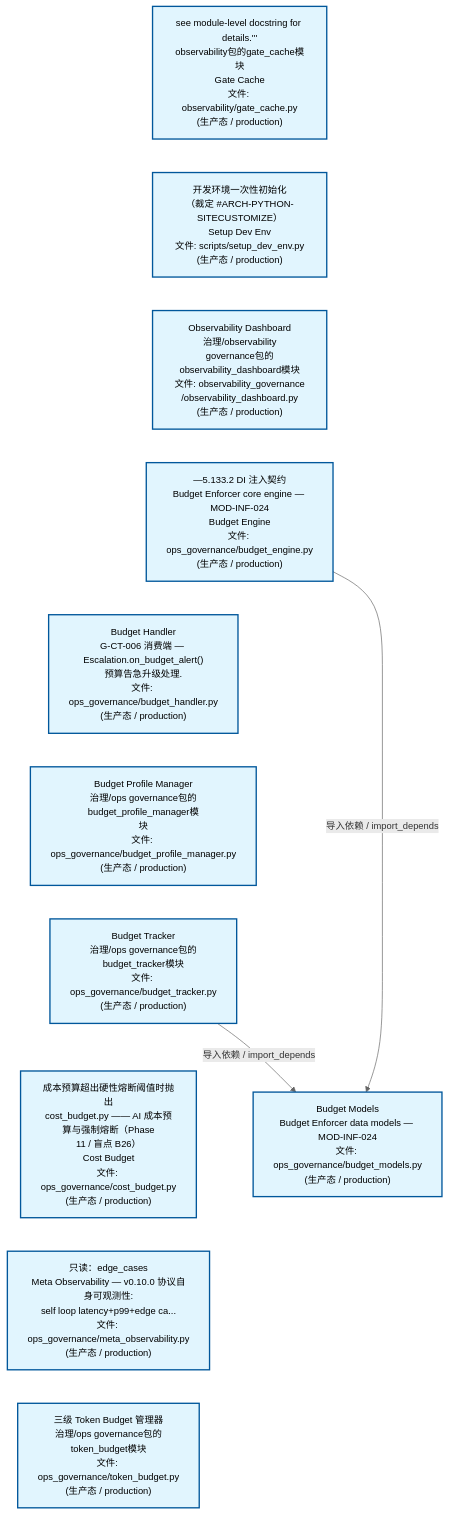
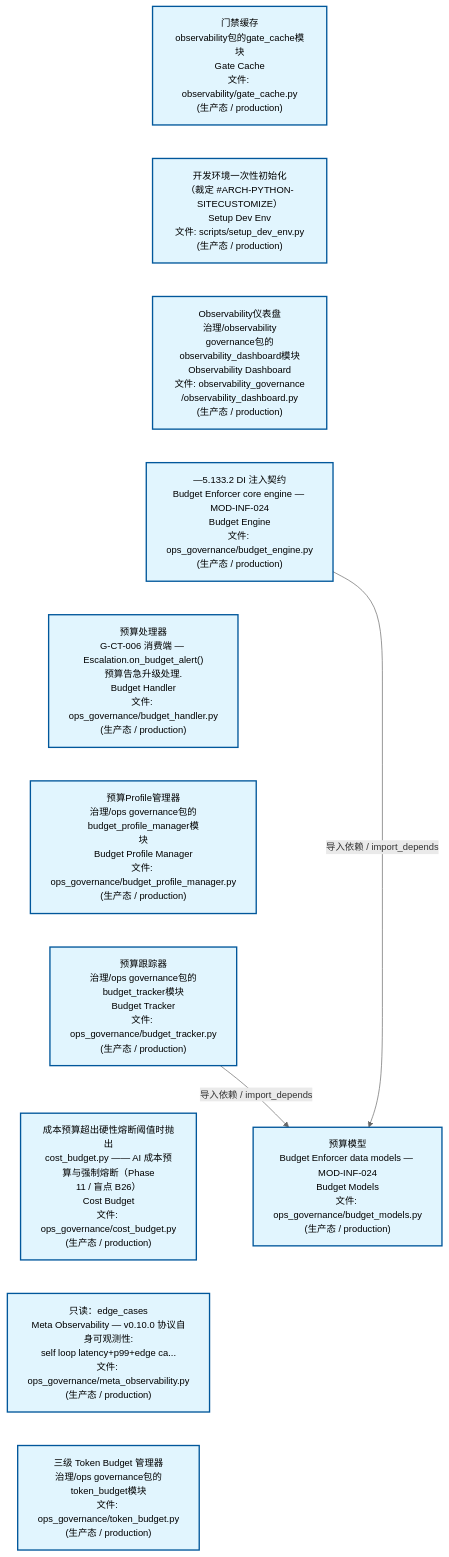
Before and after one commit to xuanFelixVan/ZephyrAlpha: the second of 3 diagrams in docs/02_enterprise_architecture/02_domain_architecture_docs/24_d_ops.md, drawn with Mermaid. The commit also changed other lines of this file and 52 other files, not shown here.

````diff
--- a/docs/02_enterprise_architecture/02_domain_architecture_docs/24_d_ops.md
+++ b/docs/02_enterprise_architecture/02_domain_architecture_docs/24_d_ops.md
@@ -126,31 +126,31 @@
 ```mermaid
 %%{init: {'theme': 'base', 'themeVariables': {'primaryColor': '#eaeaea', 'primaryTextColor': '#333333', 'primaryBorderColor': '#666666', 'lineColor': '#666666', 'secondaryColor': '#eaeaea', 'tertiaryColor': '#eaeaea', 'fontSize': '14px'}}}%%
 flowchart TD
-    scripts_governance_observability_gate_cache_py["see module-level docstring for details.'''<br/>observability包的gate_cache模块<br/>Gate Cache<br/>文件: observability/gate_cache.py<br/>(生产态 / production)"]
+    scripts_governance_observability_gate_cache_py["门禁缓存<br/>observability包的gate_cache模块<br/>Gate Cache<br/>文件: observability/gate_cache.py<br/>(生产态 / production)"]
     scripts_setup_dev_env_py["开发环境一次性初始化<br/>（裁定 #ARCH-PYTHON-SITECUSTOMIZE）<br/>Setup Dev Env<br/>文件: scripts/setup_dev_env.py<br/>(生产态 / production)"]
-    src_zephyr_governance_observability_governance_observability_dashboard_py["Observability Dashboard<br/>治理/observability<br/>governance包的observability_dashboard模块<br/>文件: observability_governance<br/>/observability_dashboard.py<br/>(生产态 / production)"]
+    src_zephyr_governance_observability_governance_observability_dashboard_py["Observability仪表盘<br/>治理/observability<br/>governance包的observability_dashboard模块<br/>Observability Dashboard<br/>文件: observability_governance<br/>/observability_dashboard.py<br/>(生产态 / production)"]
     src_zephyr_governance_ops_governance_budget_engine_py["—5.133.2 DI 注入契约<br/>Budget Enforcer core engine — MOD-INF-024<br/>Budget Engine<br/>文件: ops_governance/budget_engine.py<br/>(生产态 / production)"]
-    src_zephyr_governance_ops_governance_budget_handler_py["Budget Handler<br/>G-CT-006 消费端 — Escalation.on_budget_alert()<br/>预算告急升级处理.<br/>文件: ops_governance/budget_handler.py<br/>(生产态 / production)"]
-    src_zephyr_governance_ops_governance_budget_profile_manager_py["Budget Profile Manager<br/>治理/ops governance包的budget_profile_manager模<br/>块<br/>文件: ops_governance/budget_profile_manager.py<br/>(生产态 / production)"]
-    src_zephyr_governance_ops_governance_budget_tracker_py["Budget Tracker<br/>治理/ops governance包的budget_tracker模块<br/>文件: ops_governance/budget_tracker.py<br/>(生产态 / production)"]
+    src_zephyr_governance_ops_governance_budget_handler_py["预算处理器<br/>G-CT-006 消费端 — Escalation.on_budget_alert()<br/>预算告急升级处理.<br/>Budget Handler<br/>文件: ops_governance/budget_handler.py<br/>(生产态 / production)"]
+    src_zephyr_governance_ops_governance_budget_profile_manager_py["预算Profile管理器<br/>治理/ops governance包的budget_profile_manager模<br/>块<br/>Budget Profile Manager<br/>文件: ops_governance/budget_profile_manager.py<br/>(生产态 / production)"]
+    src_zephyr_governance_ops_governance_budget_tracker_py["预算跟踪器<br/>治理/ops governance包的budget_tracker模块<br/>Budget Tracker<br/>文件: ops_governance/budget_tracker.py<br/>(生产态 / production)"]
     src_zephyr_governance_ops_governance_cost_budget_py["成本预算超出硬性熔断阈值时抛出<br/>cost_budget.py —— AI 成本预算与强制熔断（Phase<br/>11 / 盲点 B26）<br/>Cost Budget<br/>文件: ops_governance/cost_budget.py<br/>(生产态 / production)"]
     src_zephyr_governance_ops_governance_meta_observability_py["只读：edge_cases<br/>Meta Observability — v0.10.0 协议自身可观测性:<br/>self loop latency+p99+edge ca...<br/>文件: ops_governance/meta_observability.py<br/>(生产态 / production)"]
     src_zephyr_governance_ops_governance_token_budget_py["三级 Token Budget 管理器<br/>治理/ops governance包的token_budget模块<br/>文件: ops_governance/token_budget.py<br/>(生产态 / production)"]
     scripts_governance_observability_gate_cache_py ~~~ scripts_setup_dev_env_py
     scripts_setup_dev_env_py ~~~ src_zephyr_governance_observability_governance_observability_dashboard_py
     src_zephyr_governance_observability_governance_observability_dashboard_py ~~~ src_zephyr_governance_ops_governance_budget_engine_py
     src_zephyr_governance_ops_governance_budget_engine_py ~~~ src_zephyr_governance_ops_governance_budget_handler_py
     src_zephyr_governance_ops_governance_budget_handler_py ~~~ src_zephyr_governance_ops_governance_budget_profile_manager_py
     src_zephyr_governance_ops_governance_budget_profile_manager_py ~~~ src_zephyr_governance_ops_governance_budget_tracker_py
     src_zephyr_governance_ops_governance_budget_tracker_py ~~~ src_zephyr_governance_ops_governance_cost_budget_py
     src_zephyr_governance_ops_governance_cost_budget_py ~~~ src_zephyr_governance_ops_governance_meta_observability_py
     src_zephyr_governance_ops_governance_meta_observability_py ~~~ src_zephyr_governance_ops_governance_token_budget_py
-    src_zephyr_governance_ops_governance_budget_models_py["Budget Models<br/>Budget Enforcer data models — MOD-INF-024<br/>文件: ops_governance/budget_models.py<br/>(生产态 / production)"]
+    src_zephyr_governance_ops_governance_budget_models_py["预算模型<br/>Budget Enforcer data models — MOD-INF-024<br/>Budget Models<br/>文件: ops_governance/budget_models.py<br/>(生产态 / production)"]
     src_zephyr_governance_ops_governance_budget_engine_py -->|导入依赖 / import_depends| src_zephyr_governance_ops_governance_budget_models_py
     src_zephyr_governance_ops_governance_budget_tracker_py -->|导入依赖 / import_depends| src_zephyr_governance_ops_governance_budget_models_py
     classDef production fill:#e1f5fe,stroke:#01579b,stroke-width:2px,color:#000
     classDef design fill:#fff3e0,stroke:#e65100,stroke-width:2px,color:#000,stroke-dasharray: 5 5
     classDef external_prod fill:#e8f4fd,stroke:#0277bd,stroke-width:1px,color:#000
     classDef external_design fill:#fff8e7,stroke:#ef6c00,stroke-width:1px,color:#000,stroke-dasharray: 5 5
     class scripts_governance_observability_gate_cache_py,scripts_setup_dev_env_py,src_zephyr_governance_observability_governance_observability_dashboard_py,src_zephyr_governance_ops_governance_budget_engine_py,src_zephyr_governance_ops_governance_budget_handler_py,src_zephyr_governance_ops_governance_budget_models_py,src_zephyr_governance_ops_governance_budget_profile_manager_py,src_zephyr_governance_ops_governance_budget_tracker_py,src_zephyr_governance_ops_governance_cost_budget_py,src_zephyr_governance_ops_governance_meta_observability_py,src_zephyr_governance_ops_governance_token_budget_py production
 ```
````
